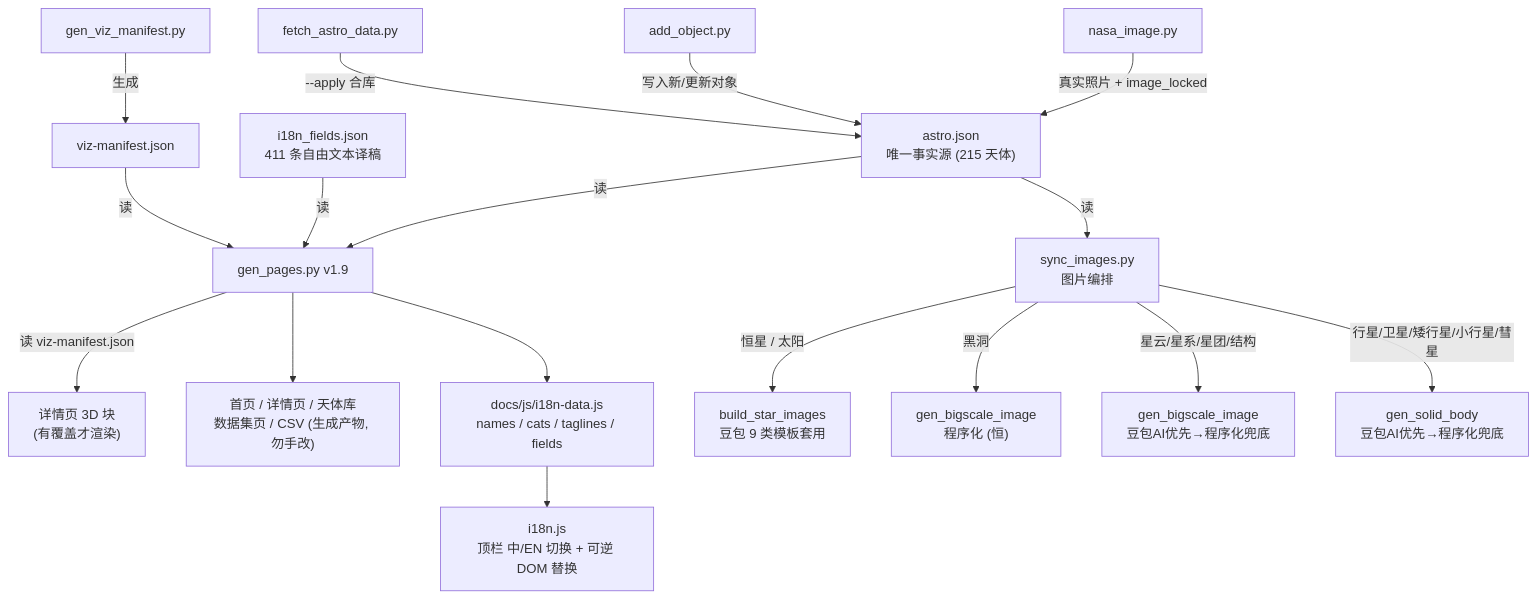
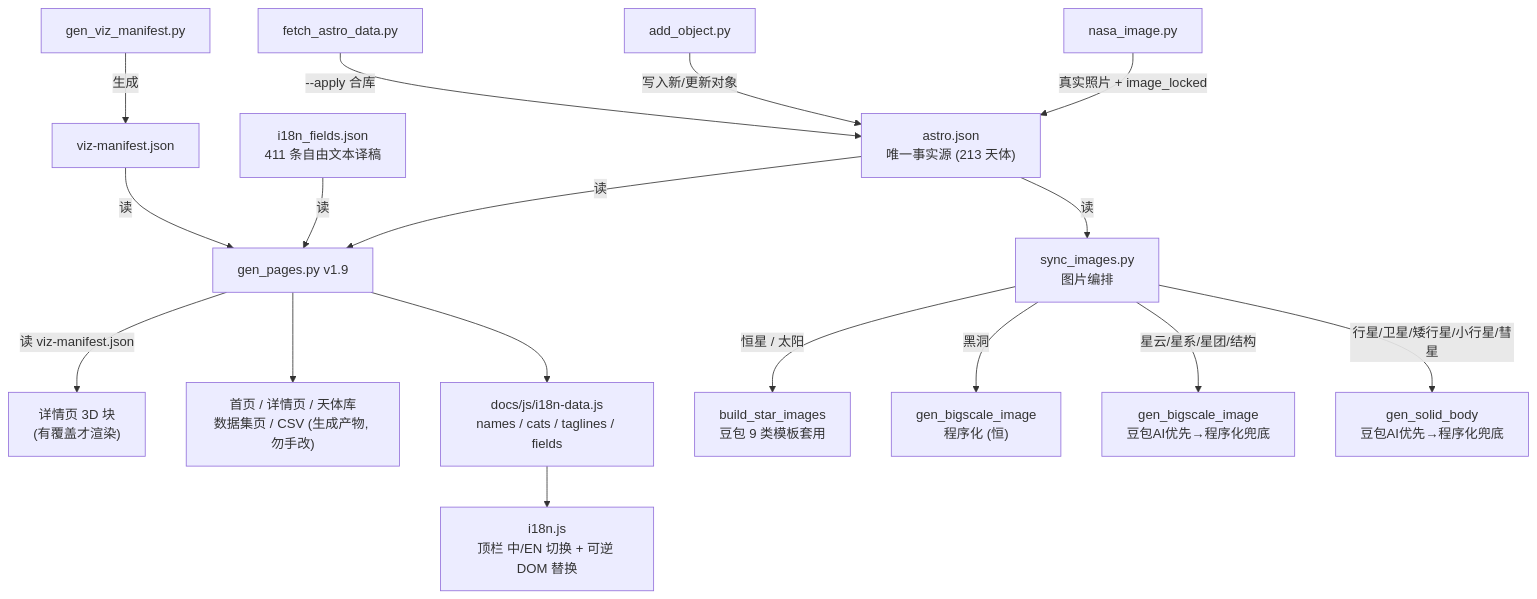
Before and after one commit to yufengwolf/astro-blog: the first of 9 diagrams in 维护指南.md, drawn with Mermaid. The commit also changed other lines of this file and 230 other files, not shown here.

````diff
--- a/维护指南.md
+++ b/维护指南.md
@@ -11,19 +11,19 @@
 ```mermaid
 flowchart TD
-    A["astro.json<br/>唯一事实源 (215 天体)"] -->|读| B["gen_pages.py v1.9"]
+    A["astro.json<br/>唯一事实源 (213 天体)"] -->|读| B["gen_pages.py v1.9"]
     B -->|读 viz-manifest.json| V["详情页 3D 块<br/>(有覆盖才渲染)"]
     B --> C["首页 / 详情页 / 天体库<br/>数据集页 / CSV (生成产物, 勿手改)"]
     FE["i18n_fields.json<br/>411 条自由文本译稿"] -->|读| B
     B --> ID["docs/js/i18n-data.js<br/>names / cats / taglines / fields"]
     ID --> RT["i18n.js<br/>顶栏 中/EN 切换 + 可逆 DOM 替换"]
     VM["gen_viz_manifest.py"] -->|生成| VMF["viz-manifest.json"]
     VMF -->|读| B
     A -->|读| D["sync_images.py<br/>图片编排"]
     D -->|恒星 / 太阳| E["build_star_images<br/>豆包 9 类模板套用"]
     D -->|黑洞| F0["gen_bigscale_image<br/>程序化 (恒)"]
     D -->|星云/星系/星团/结构| F["gen_bigscale_image<br/>豆包AI优先→程序化兜底"]
     D -->|行星/卫星/矮行星/小行星/彗星| G["gen_solid_body<br/>豆包AI优先→程序化兜底"]
     H["nasa_image.py"] -->|真实照片 + image_locked| A
     I["add_object.py"] -->|写入新/更新对象| A
     J["fetch_astro_data.py"] -->|--apply 合库| A
 ```
````
